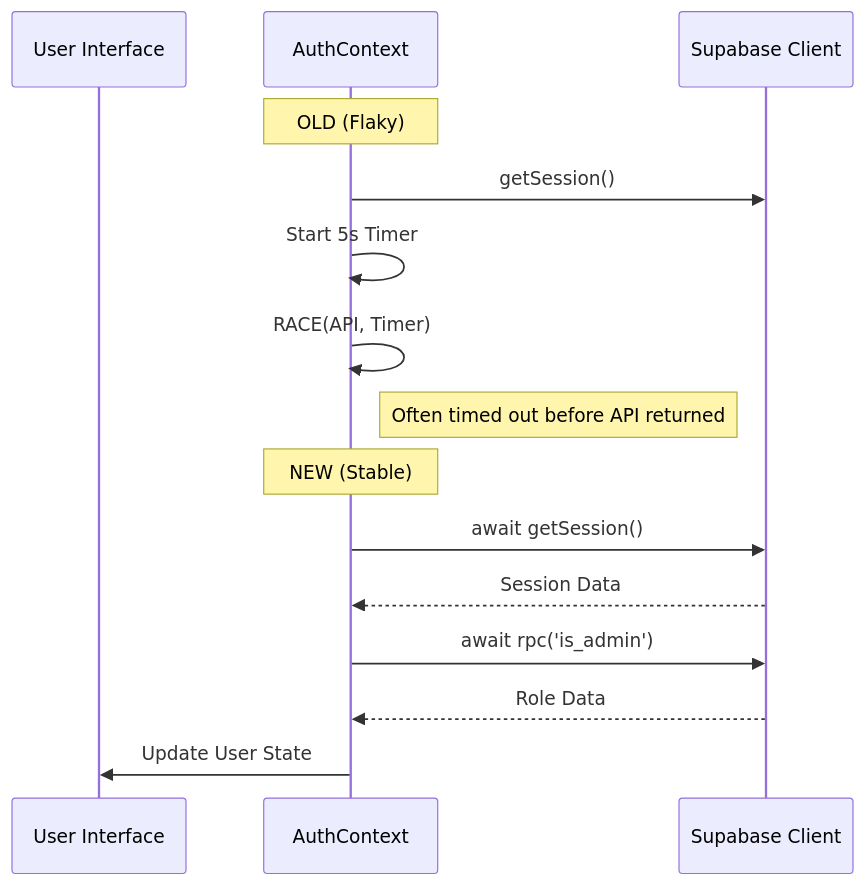
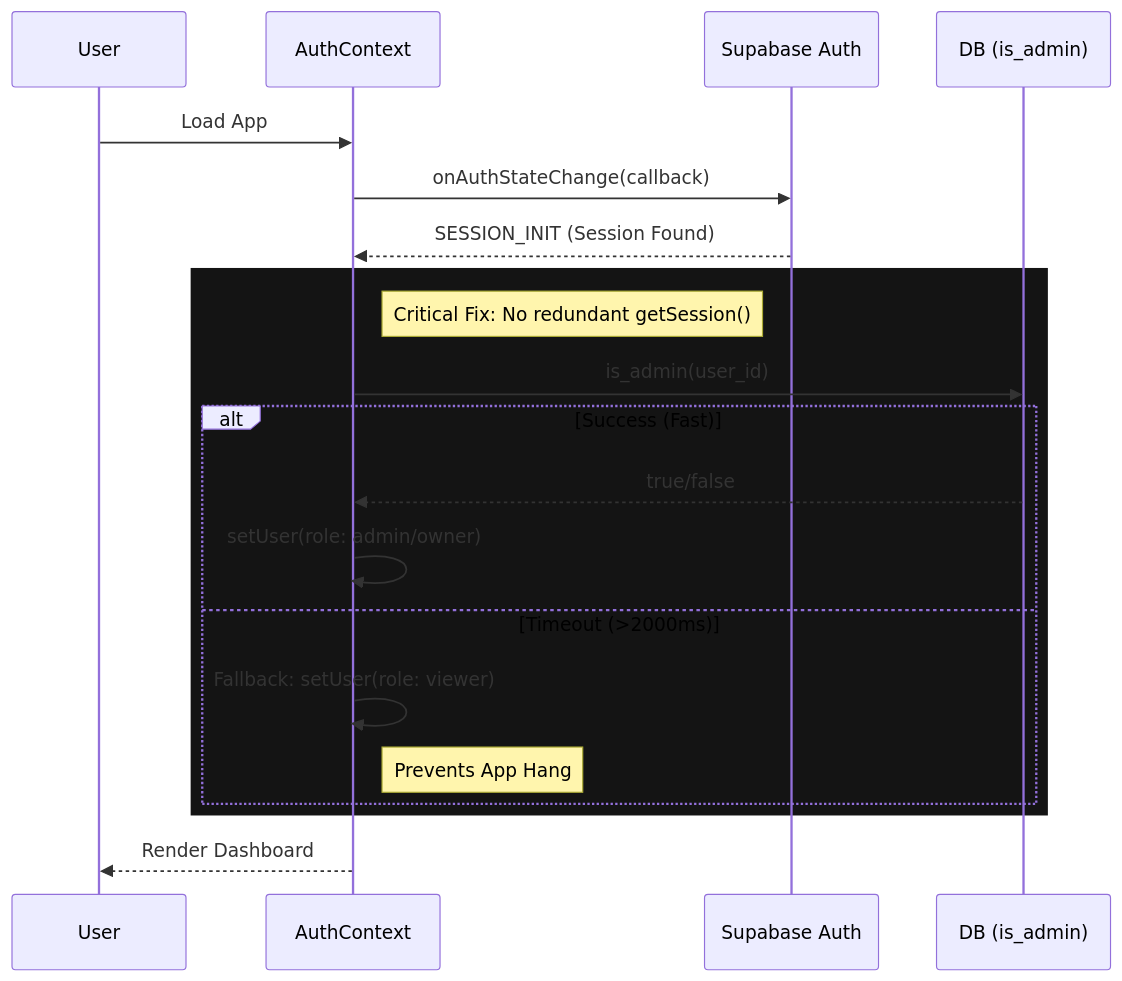
One commit to JoelA510/PlanterPlan-Alpha changed the diagram in PR_DESCRIPTION_DRAFT.md. Above: the diagram before and after it, drawn with Mermaid. The commit also changed other lines of this file and 17 other files, not shown here.

Commit message:
chore: release security and stability hardening - Harden RLS policies and fix SQL injection risks - Fix AuthContext race condition and timeout handling - Optimize React rendering for charts and command palette - Standardize design tokens

````diff
--- a/PR_DESCRIPTION_DRAFT.md
+++ b/PR_DESCRIPTION_DRAFT.md
@@ -27,19 +27,26 @@
 ```mermaid
 sequenceDiagram
-    participant UI as User Interface
-    participant Auth as AuthContext
-    participant API as Supabase Client
+    participant U as User
+    participant AC as AuthContext
+    participant SB as Supabase Auth
+    participant RPC as DB (is_admin)
 
-    Note over Auth: OLD (Flaky)
-    Auth->>API: getSession()
-    Auth->>Auth: Start 5s Timer
-    Auth->>Auth: RACE(API, Timer)
-    Note right of Auth: Often timed out before API returned
-
-    Note over Auth: NEW (Stable)
-    Auth->>API: await getSession()
-    API-->>Auth: Session Data
-    Auth->>API: await rpc('is_admin')
-    API-->>Auth: Role Data
-    Auth->>UI: Update User State
+    U->>AC: Load App
+    AC->>SB: onAuthStateChange(callback)
+    SB-->>AC: SESSION_INIT (Session Found)
+    
+    rect rgb(20, 20, 20)
+        note right of AC: Critical Fix: No redundant getSession()
+        AC->>RPC: is_admin(user_id)
+        
+        alt Success (Fast)
+            RPC-->>AC: true/false
+            AC->>AC: setUser(role: admin/owner)
+        else Timeout (>2000ms)
+            AC->>AC: Fallback: setUser(role: viewer)
+            note right of AC: Prevents App Hang
+        end
+    end
+    
+    AC-->>U: Render Dashboard
 ```
````
